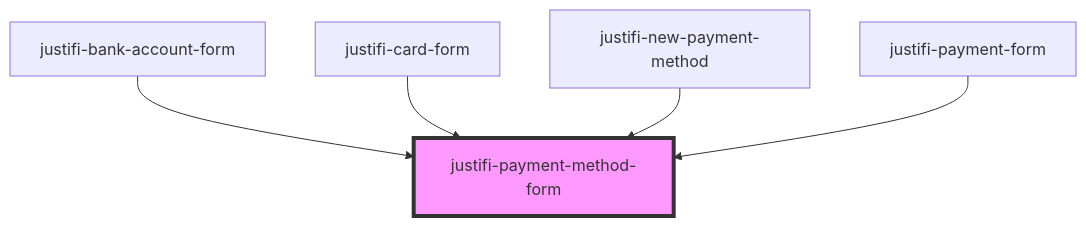
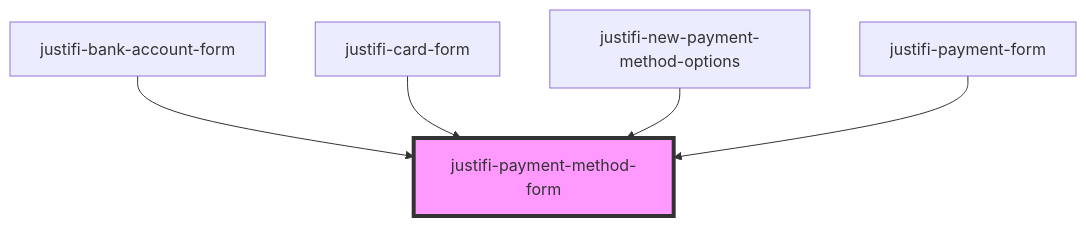
One commit to justifi-tech/web-component-library changed the diagram in packages/webcomponents/src/components/payment-method-form/readme.md. Above: the diagram before and after it, drawn with Mermaid. The commit also changed other lines of this file and 13 other files, not shown here.

Commit message:
refactor payment method options

````diff
--- a/packages/webcomponents/src/components/payment-method-form/readme.md
+++ b/packages/webcomponents/src/components/payment-method-form/readme.md
@@ -78,8 +78,8 @@
 ```mermaid
 graph TD;
   justifi-bank-account-form --> justifi-payment-method-form
   justifi-card-form --> justifi-payment-method-form
-  justifi-new-payment-method --> justifi-payment-method-form
+  justifi-new-payment-method-options --> justifi-payment-method-form
   justifi-payment-form --> justifi-payment-method-form
   style justifi-payment-method-form fill:#f9f,stroke:#333,stroke-width:4px
 ```
````
